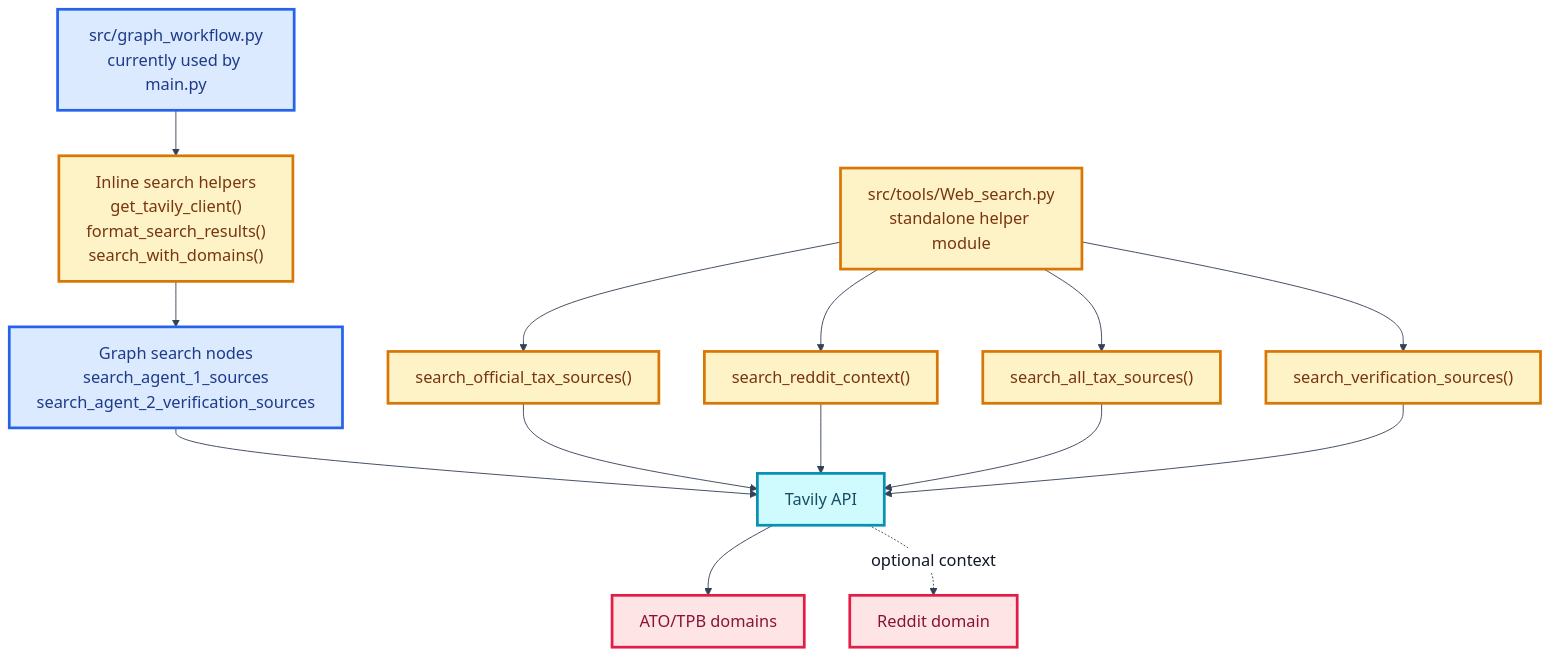
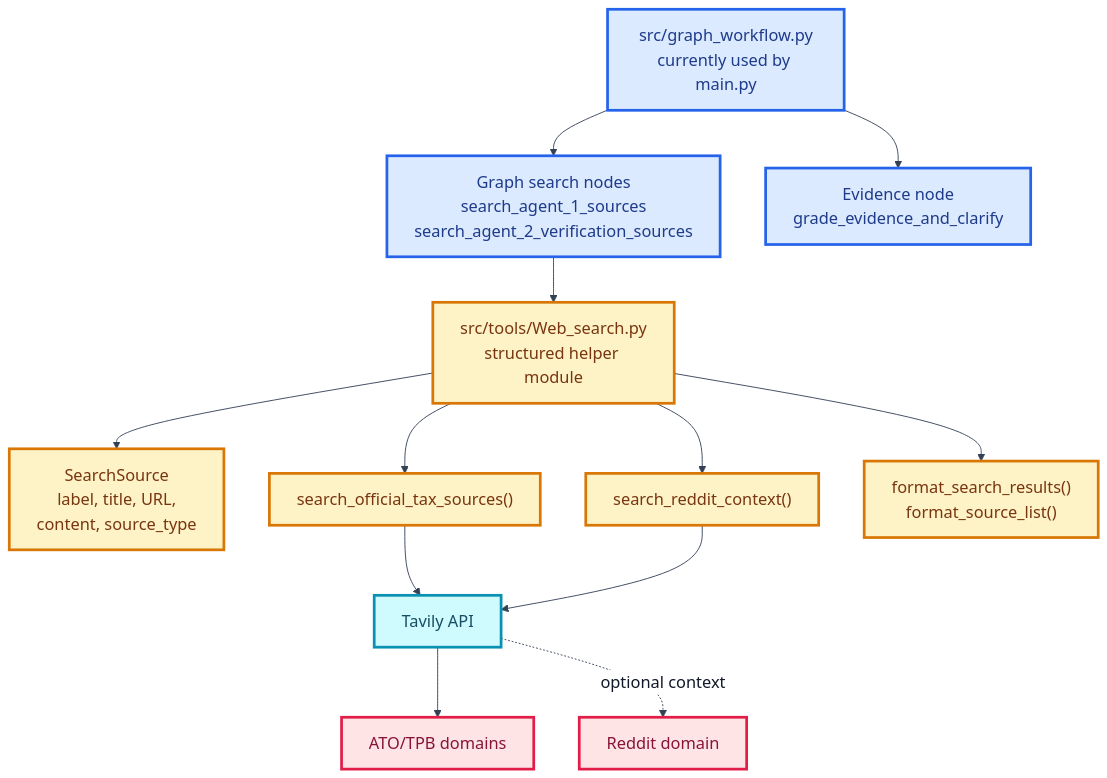
Before and after one commit to VishalgorakhnathShelke/Joga-Banito: the seventh of 7 diagrams in ARCHITECTURE_DIAGRAMS.md, drawn with Mermaid. The commit also changed other lines of this file and 5 other files, not shown here.

````diff
--- a/ARCHITECTURE_DIAGRAMS.md
+++ b/ARCHITECTURE_DIAGRAMS.md
@@ -277,35 +288,37 @@
 ```mermaid
 %%{init: {"theme": "base", "themeVariables": {"background": "#ffffff", "primaryTextColor": "#111827", "textColor": "#111827", "lineColor": "#334155", "edgeLabelBackground": "#ffffff", "fontFamily": "Arial", "fontSize": "18px"}}}%%
 flowchart TD
     workflow["src/graph_workflow.py<br/>currently used by main.py"]
-    inline_search["Inline search helpers<br/>get_tavily_client()<br/>format_search_results()<br/>search_with_domains()"]
-    node1["Graph search nodes<br/>search_agent_1_sources<br/>search_agent_2_verification_sources"]
+    graph_nodes["Graph search nodes<br/>search_agent_1_sources<br/>search_agent_2_verification_sources"]
+    evidence_node["Evidence node<br/>grade_evidence_and_clarify"]
 
-    tools["src/tools/Web_search.py<br/>standalone helper module"]
+    tools["src/tools/Web_search.py<br/>structured helper module"]
+    source_type["SearchSource<br/>label, title, URL,<br/>content, source_type"]
     official_helper["search_official_tax_sources()"]
     reddit_helper["search_reddit_context()"]
-    all_helper["search_all_tax_sources()"]
-    verify_helper["search_verification_sources()"]
+    formatter["format_search_results()<br/>format_source_list()"]
 
     tavily["Tavily API"]
     official["ATO/TPB domains"]
     reddit["Reddit domain"]
 
-    workflow --> inline_search --> node1 --> tavily
+    workflow --> graph_nodes
+    workflow --> evidence_node
+    graph_nodes --> tools
+    tools --> source_type
     tools --> official_helper --> tavily
     tools --> reddit_helper --> tavily
-    tools --> all_helper --> tavily
-    tools --> verify_helper --> tavily
+    tools --> formatter
     tavily --> official
     tavily -. "optional context" .-> reddit
 
     classDef active fill:#dbeafe,stroke:#2563eb,color:#1e3a8a,stroke-width:3px
     classDef helper fill:#fef3c7,stroke:#d97706,color:#78350f,stroke-width:3px
     classDef search fill:#cffafe,stroke:#0891b2,color:#164e63,stroke-width:3px
     classDef external fill:#ffe4e6,stroke:#e11d48,color:#881337,stroke-width:3px
 
-    class workflow,node1 active
-    class inline_search,tools,official_helper,reddit_helper,all_helper,verify_helper helper
+    class workflow,graph_nodes,evidence_node active
+    class tools,source_type,official_helper,reddit_helper,formatter helper
     class tavily search
     class official,reddit external
 ```
````
